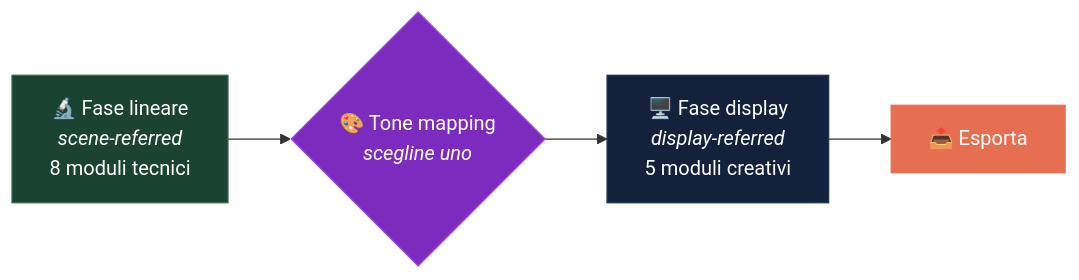
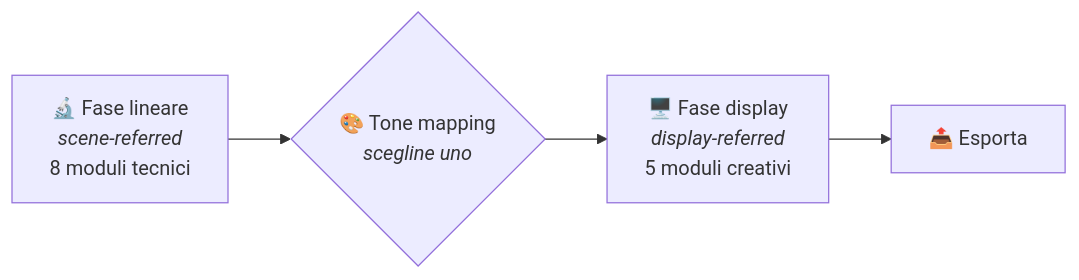
The diagram in docs/index.md (lorenzoperone/darktable-docs), drawn with Mermaid before and after one commit. The commit also changed 11 other files, not shown here.

First line of the commit message:
fix: diagrammi Mermaid leggibili, pulsante Segnala dinamico, date contenuto

````diff
--- a/docs/index.md
+++ b/docs/index.md
@@ -63,11 +63,7 @@
 ```mermaid
 flowchart LR
     A["🔬 Fase lineare<br/><i>scene-referred</i><br/>8 moduli tecnici"] --> B{"🎨 Tone mapping<br/><i>scegline uno</i>"}
     B --> C["🖥️ Fase display<br/><i>display-referred</i><br/>5 moduli creativi"]
     C --> D["📤 Esporta"]
 
-    style A fill:#1b4332,color:#fff,stroke:#2d6a4f
-    style B fill:#7b2cbf,color:#fff,stroke:#9d4edd
-    style C fill:#14213d,color:#fff,stroke:#1d3557
-    style D fill:#e76f51,color:#fff,stroke:#e76f51
 ```
````
